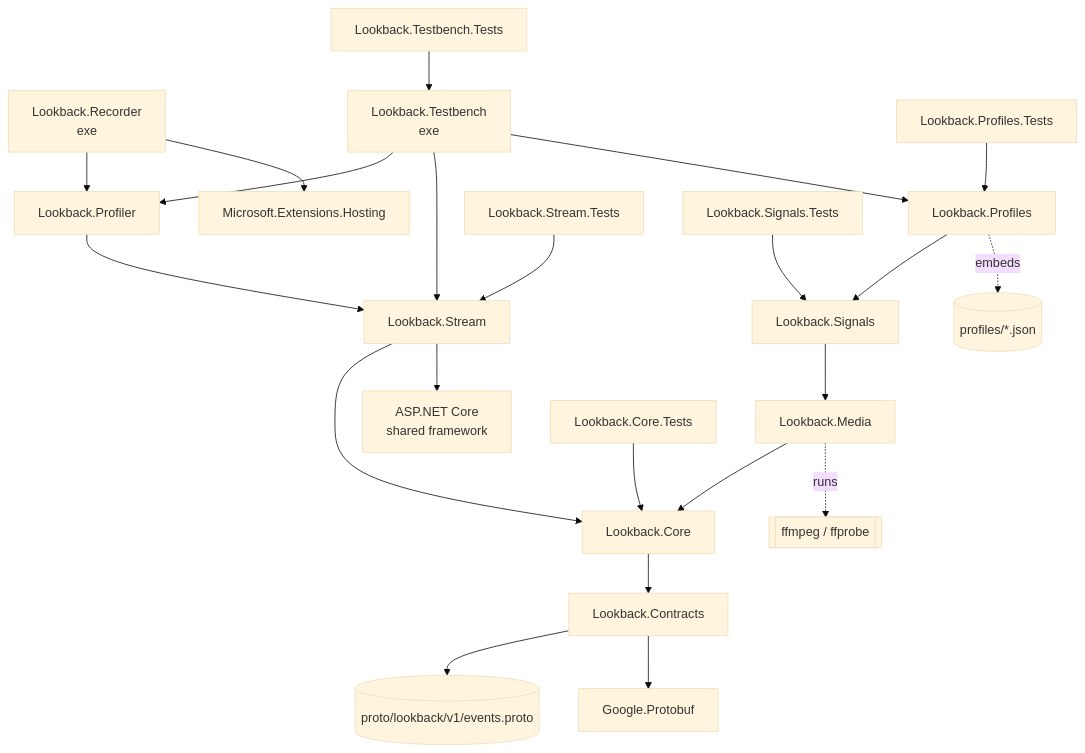
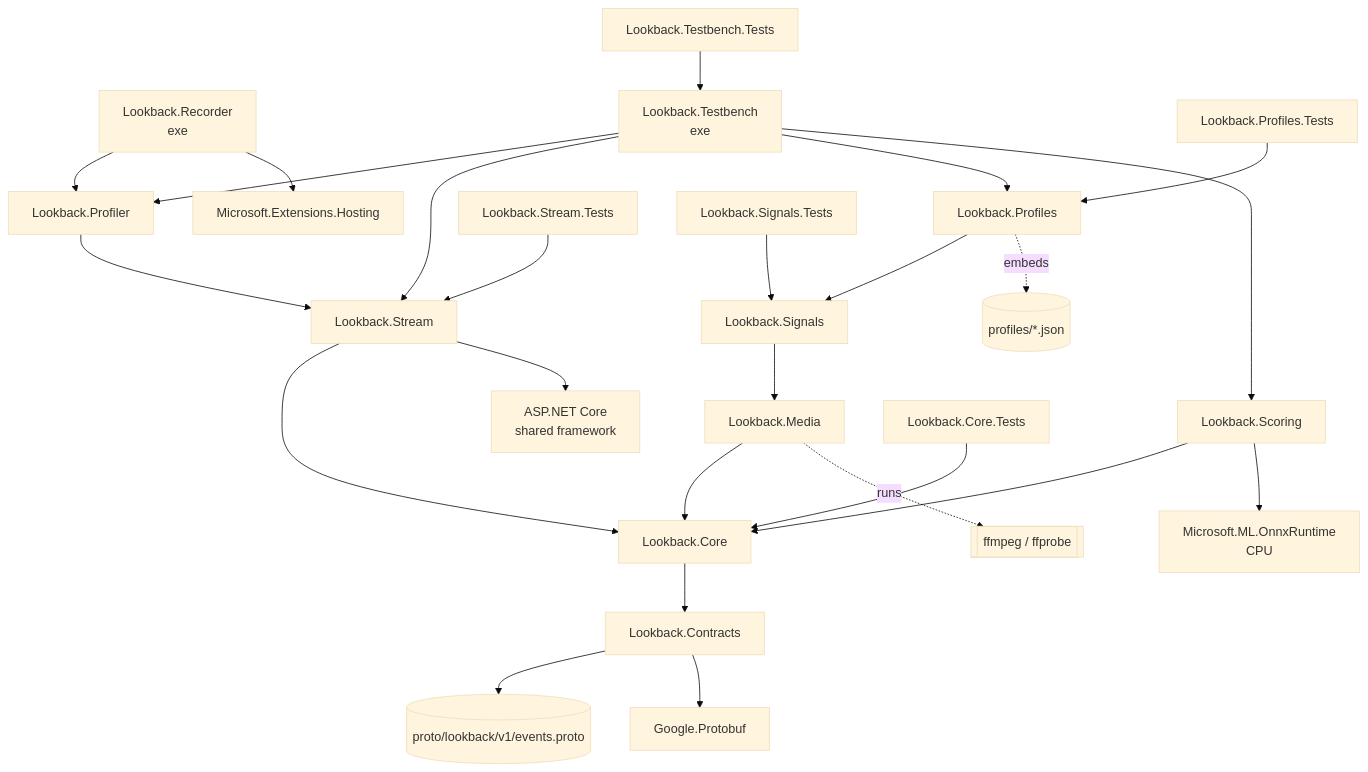
One commit to Joshmh7128/Lookback changed the first of 2 diagrams in docs/wiki/Project-Structure.md. Above: the diagram before and after it, drawn with Mermaid (base theme). The commit also changed other lines of this file and 53 other files, not shown here.

First line of the commit message:
M4 learned clip scorer plumbing: ratings, training, ONNX scoring

````diff
--- a/docs/wiki/Project-Structure.md
+++ b/docs/wiki/Project-Structure.md
@@ -56,21 +59,23 @@
 ```mermaid
 flowchart TB
     R[Lookback.Recorder<br/>exe] --> PF[Lookback.Profiler] --> S[Lookback.Stream]
     TB[Lookback.Testbench<br/>exe] --> PF & S & PR[Lookback.Profiles]
+    TB --> SC[Lookback.Scoring] --> C
+    SC --> ORT[Microsoft.ML.OnnxRuntime<br/>CPU]
     PR --> SG[Lookback.Signals]
     PR -. embeds .-> PJ[(profiles/*.json)]
     SG --> MD[Lookback.Media] --> C
     S --> C[Lookback.Core]
     C --> K[Lookback.Contracts]
     K --> P[(proto/lookback/v1/events.proto)]
     K --> GP[Google.Protobuf]
     S --> ASP[ASP.NET Core<br/>shared framework]
     R --> HOST[Microsoft.Extensions.Hosting]
 
     TC[Lookback.Core.Tests] --> C
     TS[Lookback.Stream.Tests] --> S
     TSG[Lookback.Signals.Tests] --> SG
     TPR[Lookback.Profiles.Tests] --> PR
     TTB[Lookback.Testbench.Tests] --> TB
     MD -. runs .-> FF[[ffmpeg / ffprobe]]
 ```
````
